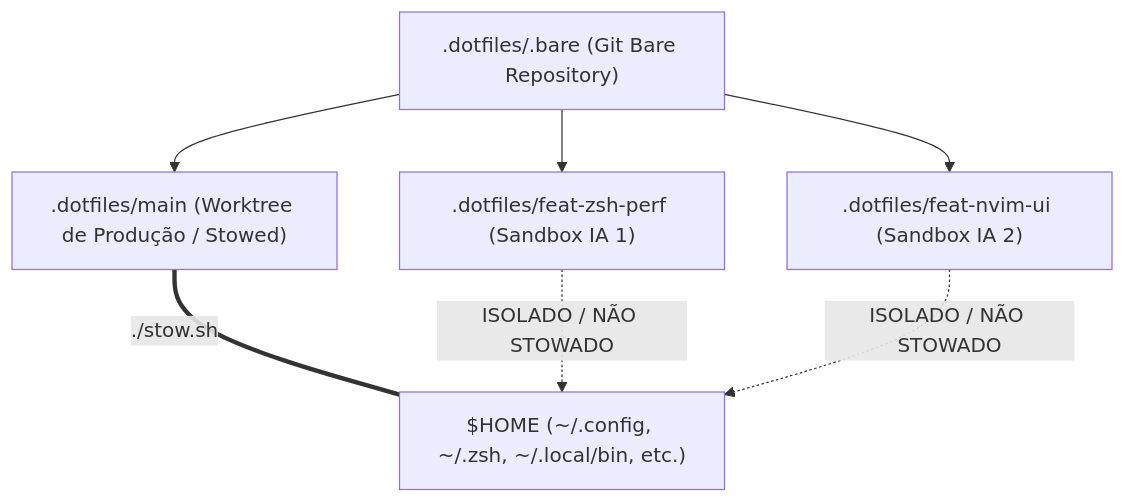
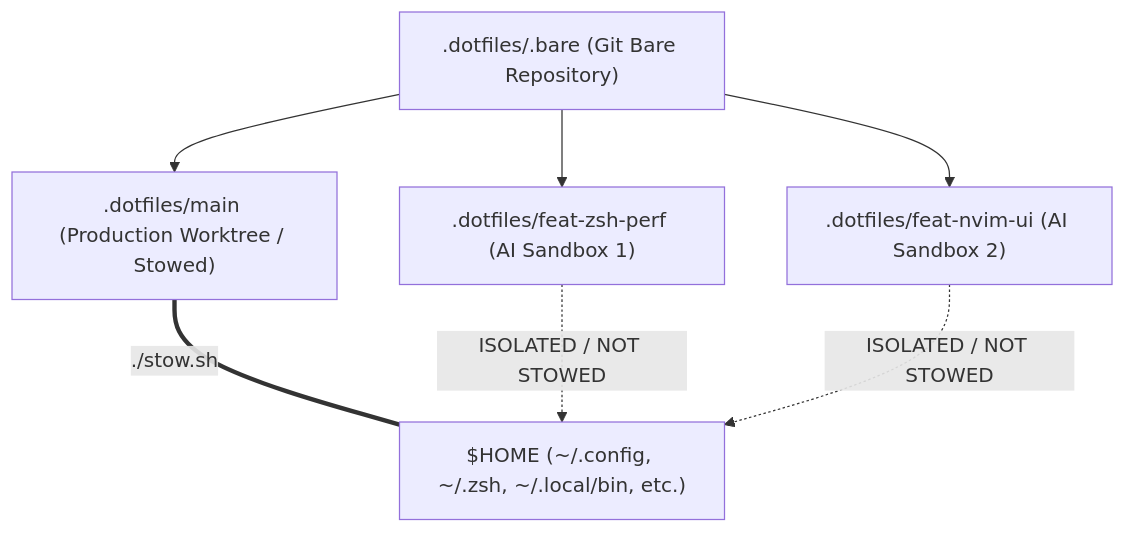
Before and after one commit to fcmiranda/.dotfiles: the first of 5 diagrams in docs/GIT_WORKTREE_AGENTIC_WORKFLOW.md, drawn with Mermaid. The commit also changed other lines of this file, not shown here.

Commit message:
docs: translate worktree agentic workflow guide to english

````diff
--- a/docs/GIT_WORKTREE_AGENTIC_WORKFLOW.md
+++ b/docs/GIT_WORKTREE_AGENTIC_WORKFLOW.md
@@ -31,10 +31,10 @@
 ```mermaid
 graph TD
-    BARE[".dotfiles/.bare (Git Bare Repository)"] --> MAIN[".dotfiles/main (Worktree de Produção / Stowed)"]
-    BARE --> WT1[".dotfiles/feat-zsh-perf (Sandbox IA 1)"]
-    BARE --> WT2[".dotfiles/feat-nvim-ui (Sandbox IA 2)"]
+    BARE[".dotfiles/.bare (Git Bare Repository)"] --> MAIN[".dotfiles/main (Production Worktree / Stowed)"]
+    BARE --> WT1[".dotfiles/feat-zsh-perf (AI Sandbox 1)"]
+    BARE --> WT2[".dotfiles/feat-nvim-ui (AI Sandbox 2)"]
     
     MAIN ===|./stow.sh| HOME["$HOME (~/.config, ~/.zsh, ~/.local/bin, etc.)"]
-    WT1 -.->|ISOLADO / NÃO STOWADO| HOME
-    WT2 -.->|ISOLADO / NÃO STOWADO| HOME
+    WT1 -.->|ISOLATED / NOT STOWED| HOME
+    WT2 -.->|ISOLATED / NOT STOWED| HOME
 ```
````
